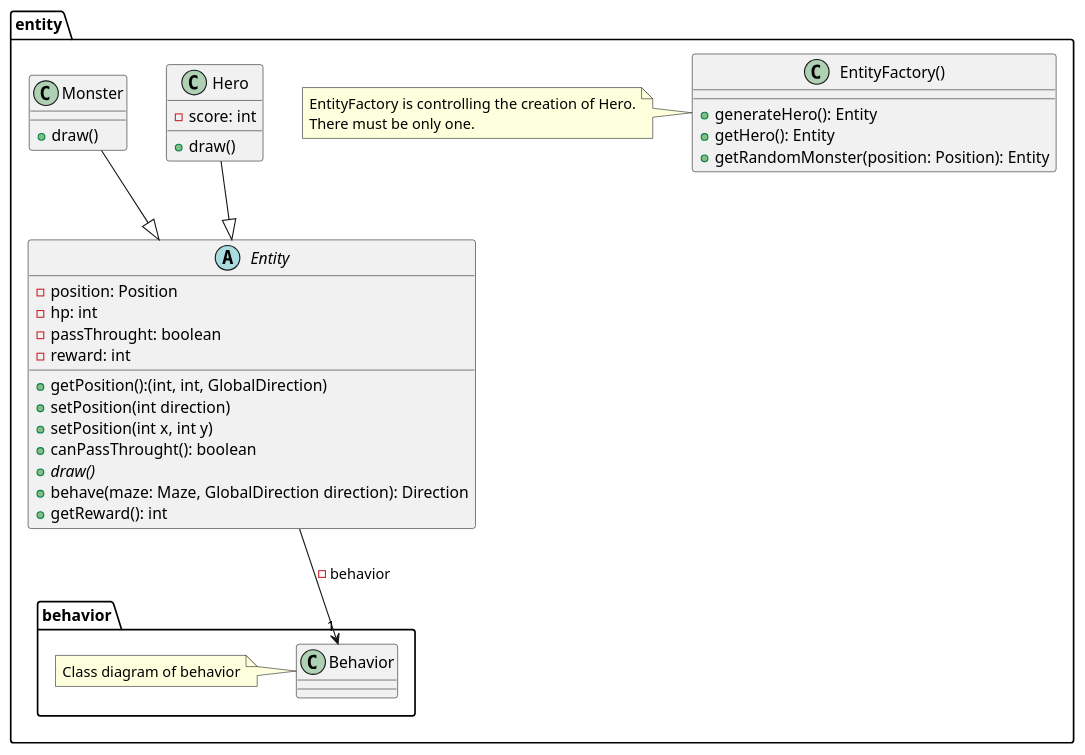
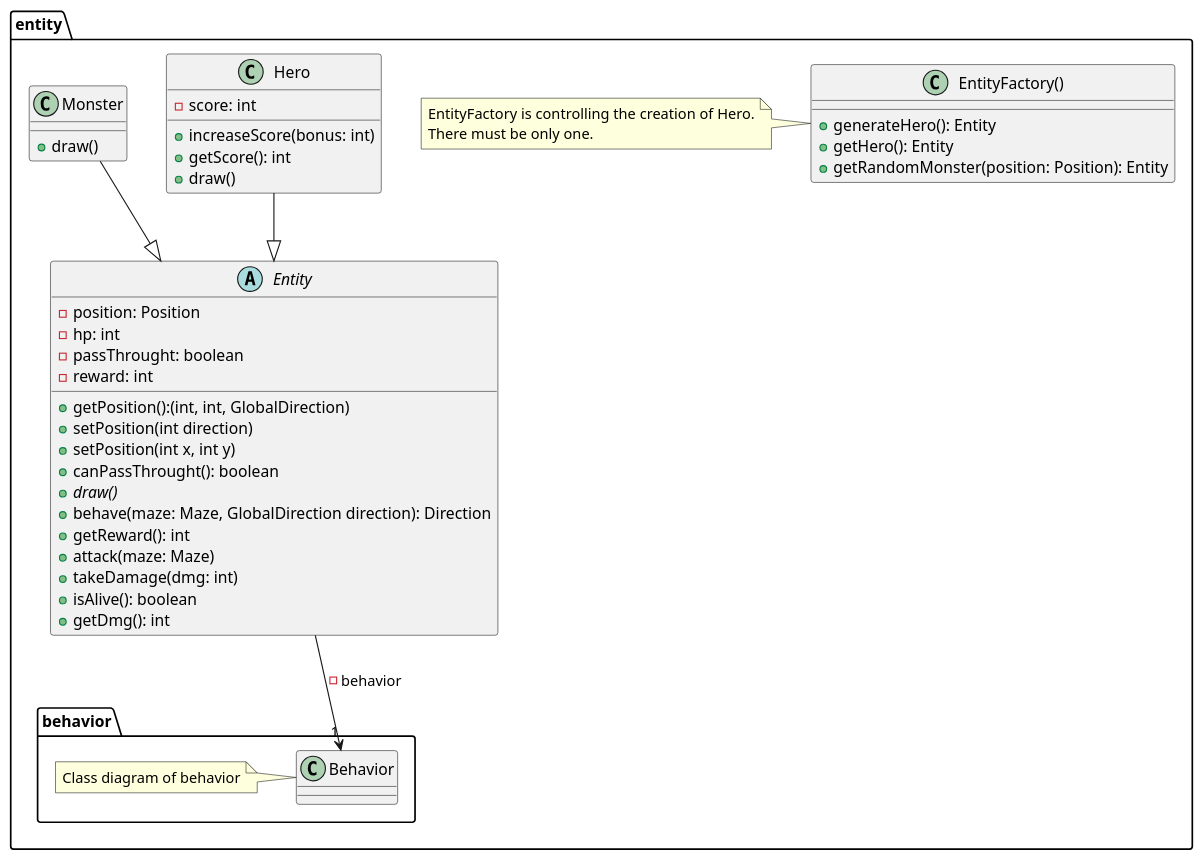
One commit to Reynault/ACL_2019_Zelpop changed the diagram in doc/second_sprint/diagrams/puml/class/character.puml. Above: the diagram before and after it, drawn with PlantUML. The commit also changed 1 other file, not shown here.

Commit message:
second sprint: update class diagrams

```diff
--- a/doc/second_sprint/diagrams/puml/class/character.puml
+++ b/doc/second_sprint/diagrams/puml/class/character.puml
@@ -1,54 +1,60 @@
 @startuml
 
 package entity{
 
     abstract Entity{
         - position: Position
         - hp: int
         - passThrought: boolean
         - reward: int
         + getPosition():(int, int, GlobalDirection)
         + setPosition(int direction)
         + setPosition(int x, int y)
         + canPassThrought(): boolean
         + {abstract} draw()
         + behave(maze: Maze, GlobalDirection direction): Direction
         + getReward(): int
+        + attack(maze: Maze)
+        + takeDamage(dmg: int)
+        + isAlive(): boolean
+        + getDmg(): int
     }
 
     class Hero {
         - score: int
+        + increaseScore(bonus: int)
+        + getScore(): int
         + draw()
     }
 
     class Monster{
         + draw()
     }
 
     package behavior{
 
         class Behavior{
 
         }
 
         note left: Class diagram of behavior
 
     }
 
     class EntityFactory(){
         + generateHero(): Entity
         + getHero(): Entity
         + getRandomMonster(position: Position): Entity
     }
 
     note left: EntityFactory is controlling the creation of Hero.\nThere must be only one.
 
 }
 
 
 
 Hero --|> Entity
 Monster --|> Entity
 Entity --> "1" Behavior: - behavior
 
 @enduml
```
